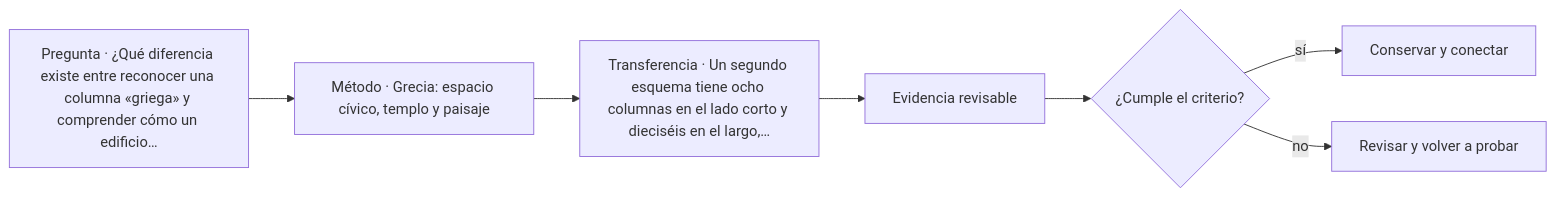
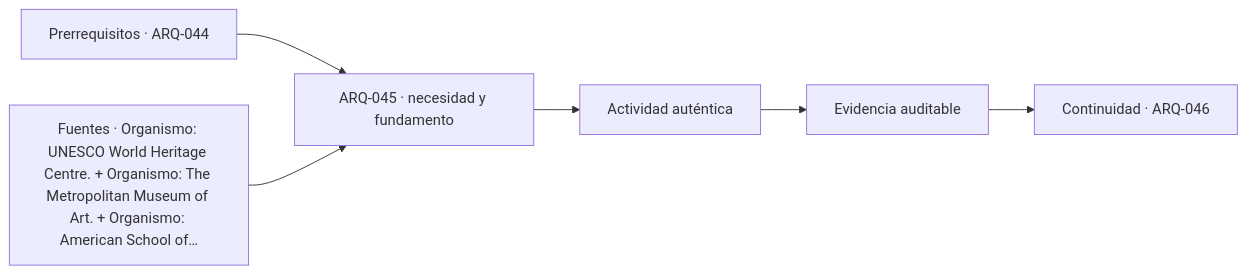
One commit to vladimiracunadev-create/architecture-built-environment-learning-program changed the diagram in classes/parte-05/ARQ-045.md. Above: the diagram before and after it, drawn with Mermaid. The commit also changed other lines of this file and 761 other files, not shown here.

````diff
--- a/classes/parte-05/ARQ-045.md
+++ b/classes/parte-05/ARQ-045.md
@@ -106,9 +118,8 @@
 ```mermaid
 flowchart LR
-    Q["Pregunta · ¿Qué diferencia existe entre reconocer una columna «griega» y comprender cómo un edificio…"] --> M["Método · Grecia: espacio cívico, templo y paisaje"]
-    M --> P["Transferencia · Un segundo esquema tiene ocho columnas en el lado corto y dieciséis en el largo,…"]
-    P --> E["Evidencia revisable"]
-    E --> C{"¿Cumple el criterio?"}
-    C -->|sí| T["Conservar y conectar"]
-    C -->|no| R["Revisar y volver a probar"]
+    A["Prerrequisitos · ARQ-044"] --> B["ARQ-045 · necesidad y fundamento"]
+    S["Fuentes · Organismo: UNESCO World Heritage Centre. + Organismo: The Metropolitan Museum of Art. + Organismo: American School of…"] --> B
+    B --> C["Actividad auténtica"]
+    C --> D["Evidencia auditable"]
+    D --> E["Continuidad · ARQ-046"]
 ```
````
